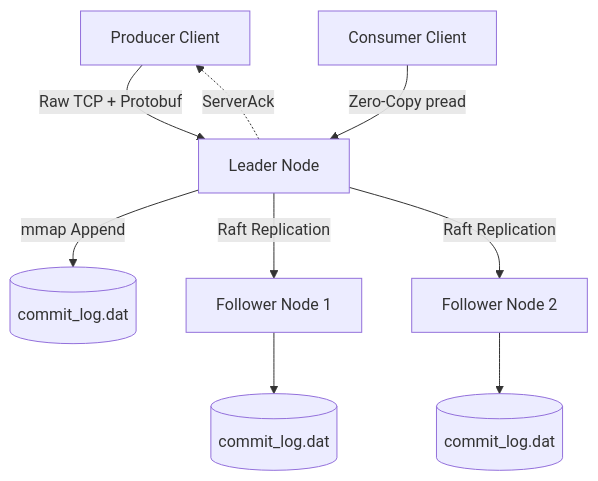
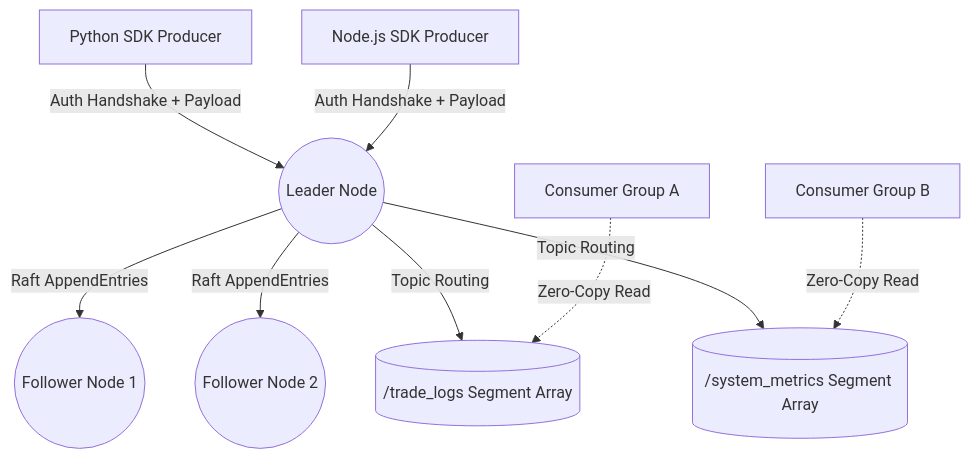
Before and after one commit to lochanachamod/corestream: the diagram in README.md, drawn with Mermaid. The commit also changed other lines of this file, not shown here.

````diff
--- a/README.md
+++ b/README.md
@@ -39,11 +39,14 @@
 ```mermaid
 graph TD
-    P[Producer Client] -->|Raw TCP + Protobuf| L[Leader Node]
-    L -->|mmap Append| D1[(commit_log.dat)]
-    L -->|Raft Replication| F1[Follower Node 1]
-    L -->|Raft Replication| F2[Follower Node 2]
-    F1 --> D2[(commit_log.dat)]
-    F2 --> D3[(commit_log.dat)]
-    L -.->|ServerAck| P
-    C[Consumer Client] -->|Zero-Copy pread| L
+    P[Python SDK Producer] -->|Auth Handshake + Payload| L((Leader Node))
+    N[Node.js SDK Producer] -->|Auth Handshake + Payload| L
+    
+    L -->|Raft AppendEntries| F1((Follower Node 1))
+    L -->|Raft AppendEntries| F2((Follower Node 2))
+    
+    L -->|Topic Routing| T1[(/trade_logs Segment Array)]
+    L -->|Topic Routing| T2[(/system_metrics Segment Array)]
+    
+    C1[Consumer Group A] -.->|Zero-Copy Read| T1
+    C2[Consumer Group B] -.->|Zero-Copy Read| T2
 ```
````
